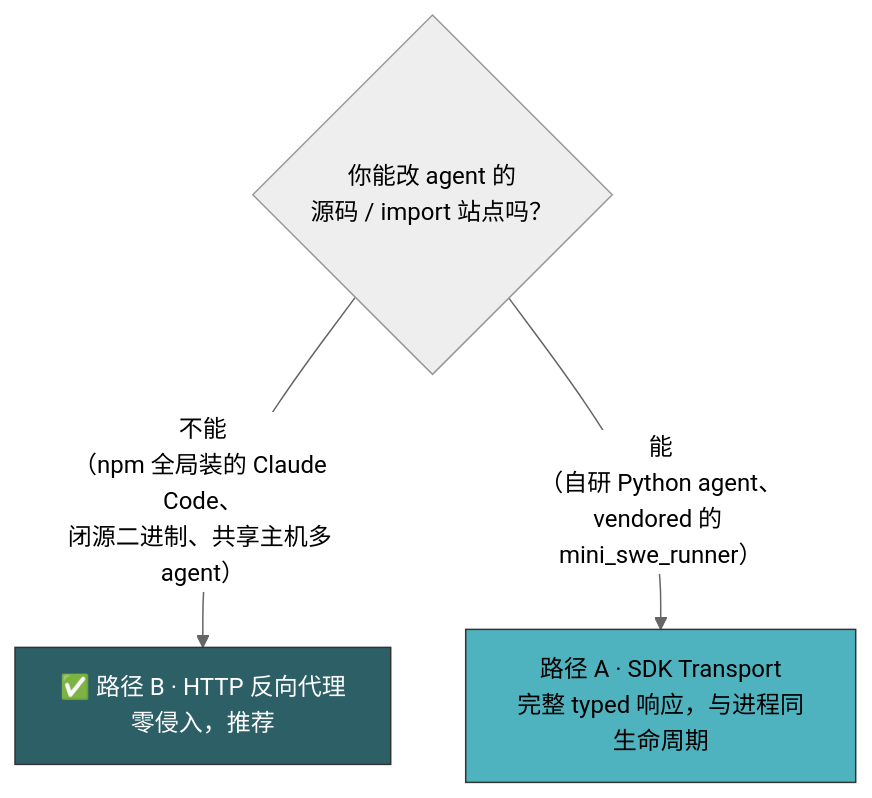
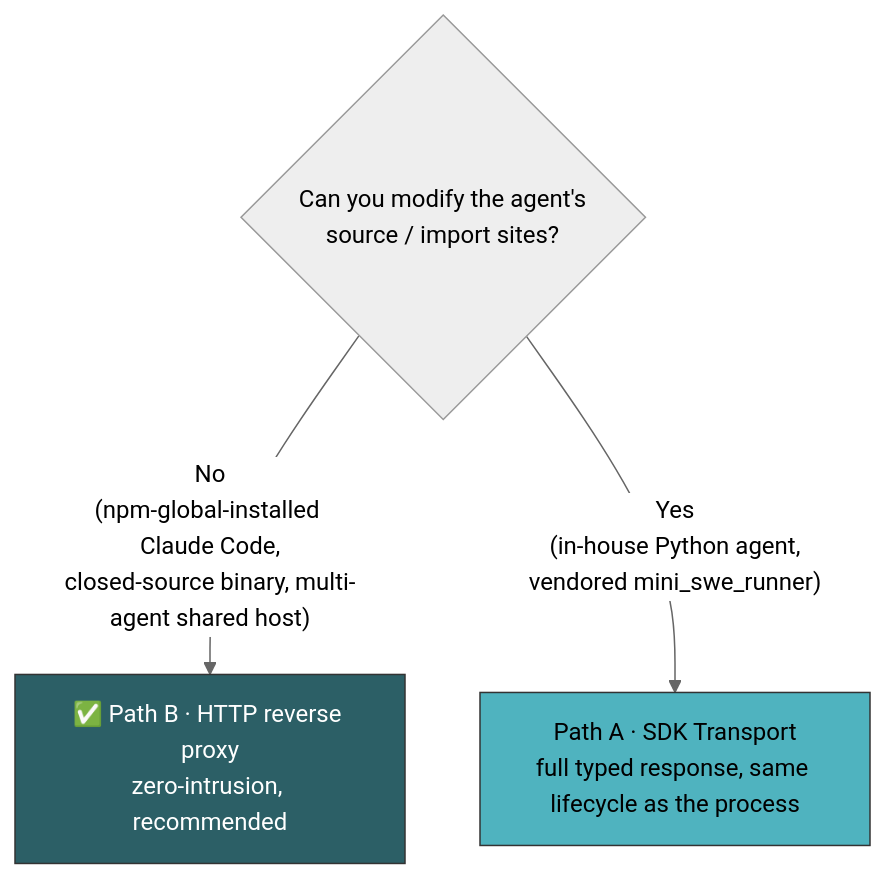
One commit to telos-pro/telos-sdk changed the fourth of 8 diagrams in docs/playbook.md. Above: the diagram before and after it, drawn with Mermaid (neutral theme). The commit also changed other lines of this file and 93 other files, not shown here.

````diff
--- a/docs/playbook.md
+++ b/docs/playbook.md
@@ -225,9 +225,9 @@
 ```mermaid
 flowchart TD
-  Q{"你能改 agent 的<br/>源码 / import 站点吗？"}
-  Q -- "不能<br/>（npm 全局装的 Claude Code、<br/>闭源二进制、共享主机多 agent）" --> B["✅ 路径 B · HTTP 反向代理<br/>零侵入，推荐"]
-  Q -- "能<br/>（自研 Python agent、<br/>vendored 的 mini_swe_runner）" --> A["路径 A · SDK Transport<br/>完整 typed 响应，与进程同生命周期"]
+  Q{"Can you modify the agent's<br/>source / import sites?"}
+  Q -- "No<br/>(npm-global-installed Claude Code,<br/>closed-source binary, multi-agent shared host)" --> B["✅ Path B · HTTP reverse proxy<br/>zero-intrusion, recommended"]
+  Q -- "Yes<br/>(in-house Python agent,<br/>vendored mini_swe_runner)" --> A["Path A · SDK Transport<br/>full typed response, same lifecycle as the process"]
 
   style B fill:#2C5F66,stroke:#333,color:#fff
   style A fill:#4FB3BF,stroke:#333,color:#000
 ```
````
